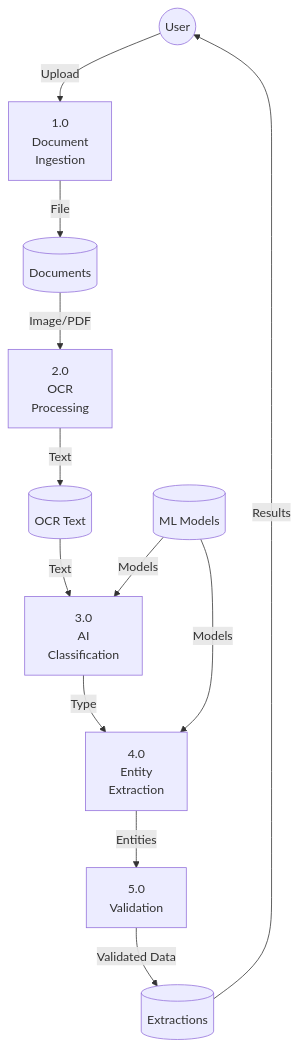
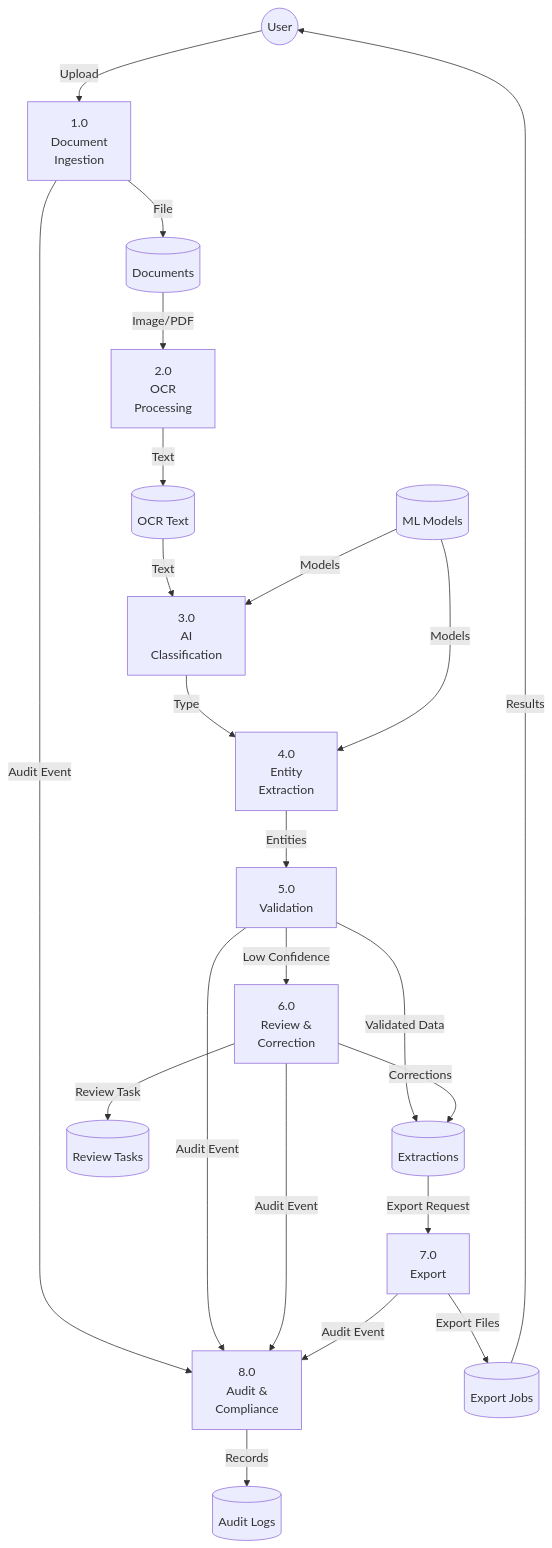
The second of 3 diagrams in Document Intelligence System/high-level-design/data-flow-diagram.md (0Ankit0/Project-Ideas), drawn with Mermaid before and after one commit. The commit also changed 21 other files, not shown here.

````diff
--- a/Document Intelligence System/high-level-design/data-flow-diagram.md
+++ b/Document Intelligence System/high-level-design/data-flow-diagram.md
@@ -13,27 +13,43 @@
 ```mermaid
 flowchart TB
     USER((User))
     
     P1[1.0<br/>Document<br/>Ingestion]
     P2[2.0<br/>OCR<br/>Processing]
     P3[3.0<br/>AI<br/>Classification]
     P4[4.0<br/>Entity<br/>Extraction]
     P5[5.0<br/>Validation]
+    P6[6.0<br/>Review &<br/>Correction]
+    P7[7.0<br/>Export]
+    P8[8.0<br/>Audit &<br/>Compliance]
     
     D1[(Documents)]
     D2[(OCR Text)]
     D3[(Extractions)]
     D4[(ML Models)]
+    D5[(Review Tasks)]
+    D6[(Export Jobs)]
+    D7[(Audit Logs)]
     
     USER -->|Upload| P1
     P1 -->|File| D1
     D1 -->|Image/PDF| P2
     P2 -->| Text| D2
     D2 -->|Text| P3
     P3 -->|Type| P4
     D4 -->|Models| P3
     D4 -->|Models| P4
     P4 -->|Entities| P5
     P5 -->|Validated Data| D3
-    D3 -->|Results| USER
+    P5 -->|Low Confidence| P6
+    P6 -->|Corrections| D3
+    P6 -->|Review Task| D5
+    D3 -->|Export Request| P7
+    P7 -->|Export Files| D6
+    D6 -->|Results| USER
+    P1 -->|Audit Event| P8
+    P5 -->|Audit Event| P8
+    P6 -->|Audit Event| P8
+    P7 -->|Audit Event| P8
+    P8 -->|Records| D7
 ```
````
